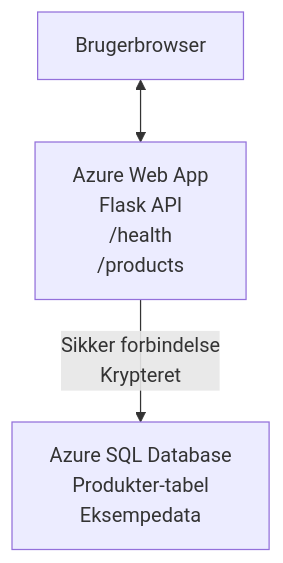
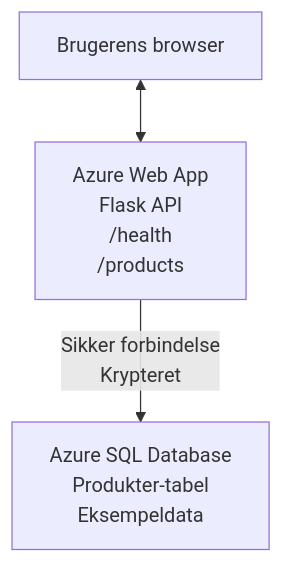
One commit to microsoft/AZD-for-beginners changed the diagram in translations/da/examples/database-app/README.md. Above: the diagram before and after it, drawn with Mermaid. The commit also changed other lines of this file and 104 other files, not shown here.

````diff
--- a/translations/da/examples/database-app/README.md
+++ b/translations/da/examples/database-app/README.md
@@ -72,5 +72,5 @@
 ```mermaid
 graph TD
-    Browser[Brugerbrowser] <--> WebApp[Azure Web App<br/>Flask API<br/>/health<br/>/products]
-    WebApp -- Sikker forbindelse<br/>Krypteret --> SQL[Azure SQL Database<br/>Produkter-tabel<br/>Eksempedata]
+    Browser[Brugerens browser] <--> WebApp[Azure Web App<br/>Flask API<br/>/health<br/>/products]
+    WebApp -- Sikker forbindelse<br/>Krypteret --> SQL[Azure SQL Database<br/>Produkter-tabel<br/>Eksempeldata]
 ```
````
